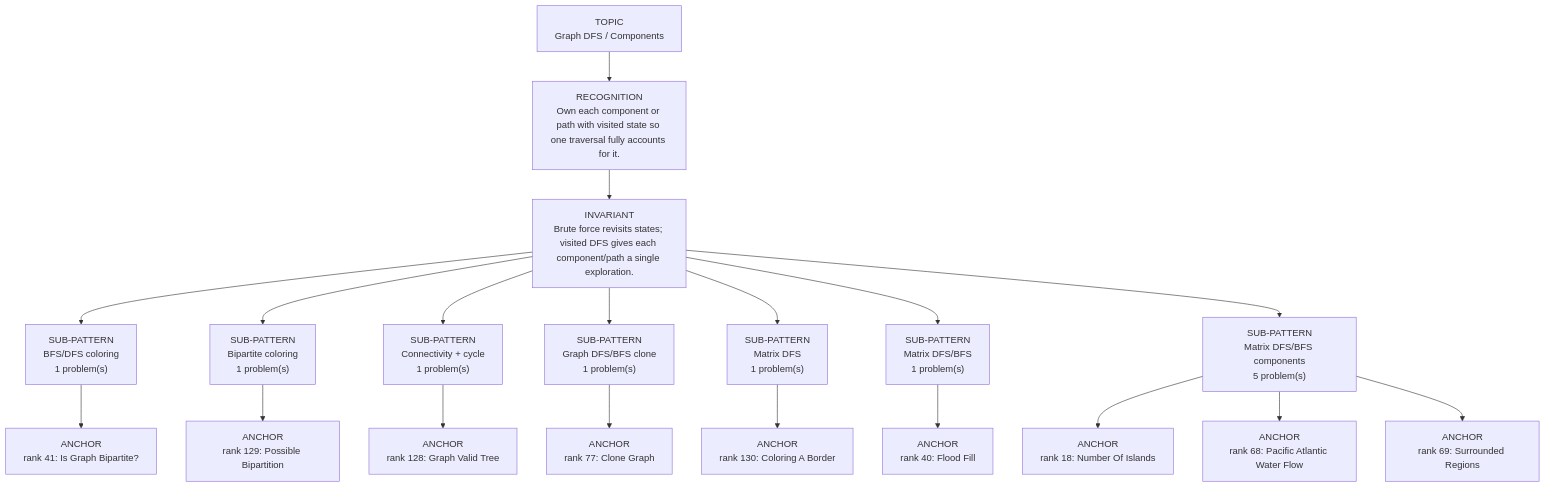
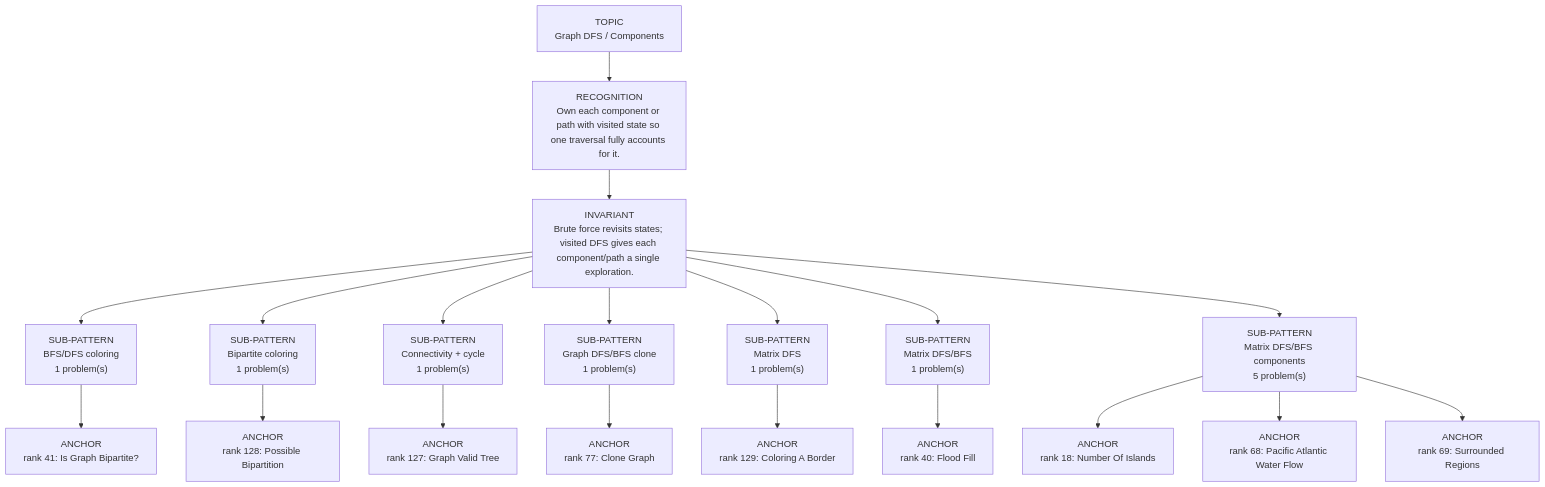
Before and after one commit to thechiranjeevjain/DSA10days: the diagram in dsa-review/interview/patterns/10_graph_dfs.md, drawn with Mermaid. The commit also changed other lines of this file and 71 other files, not shown here.

````diff
--- a/dsa-review/interview/patterns/10_graph_dfs.md
+++ b/dsa-review/interview/patterns/10_graph_dfs.md
@@ -15,23 +15,23 @@
 ```mermaid
 flowchart TD
   Topic["TOPIC<br/>Graph DFS / Components"]
   Recognition["RECOGNITION<br/>Own each component or path with visited state so one traversal fully accounts for it."]
   Invariant["INVARIANT<br/>Brute force revisits states; visited DFS gives each component/path a single exploration."]
   Topic --> Recognition --> Invariant
   Invariant --> Sub01["SUB-PATTERN<br/>BFS/DFS coloring<br/>1 problem(s)"]
   Sub01 --> Sub01A01["ANCHOR<br/>rank 41: Is Graph Bipartite?"]
   Invariant --> Sub02["SUB-PATTERN<br/>Bipartite coloring<br/>1 problem(s)"]
-  Sub02 --> Sub02A01["ANCHOR<br/>rank 129: Possible Bipartition"]
+  Sub02 --> Sub02A01["ANCHOR<br/>rank 128: Possible Bipartition"]
   Invariant --> Sub03["SUB-PATTERN<br/>Connectivity + cycle<br/>1 problem(s)"]
-  Sub03 --> Sub03A01["ANCHOR<br/>rank 128: Graph Valid Tree"]
+  Sub03 --> Sub03A01["ANCHOR<br/>rank 127: Graph Valid Tree"]
   Invariant --> Sub04["SUB-PATTERN<br/>Graph DFS/BFS clone<br/>1 problem(s)"]
   Sub04 --> Sub04A01["ANCHOR<br/>rank 77: Clone Graph"]
   Invariant --> Sub05["SUB-PATTERN<br/>Matrix DFS<br/>1 problem(s)"]
-  Sub05 --> Sub05A01["ANCHOR<br/>rank 130: Coloring A Border"]
+  Sub05 --> Sub05A01["ANCHOR<br/>rank 129: Coloring A Border"]
   Invariant --> Sub06["SUB-PATTERN<br/>Matrix DFS/BFS<br/>1 problem(s)"]
   Sub06 --> Sub06A01["ANCHOR<br/>rank 40: Flood Fill"]
   Invariant --> Sub07["SUB-PATTERN<br/>Matrix DFS/BFS components<br/>5 problem(s)"]
   Sub07 --> Sub07A01["ANCHOR<br/>rank 18: Number Of Islands"]
   Sub07 --> Sub07A02["ANCHOR<br/>rank 68: Pacific Atlantic Water Flow"]
   Sub07 --> Sub07A03["ANCHOR<br/>rank 69: Surrounded Regions"]
 ```
````
